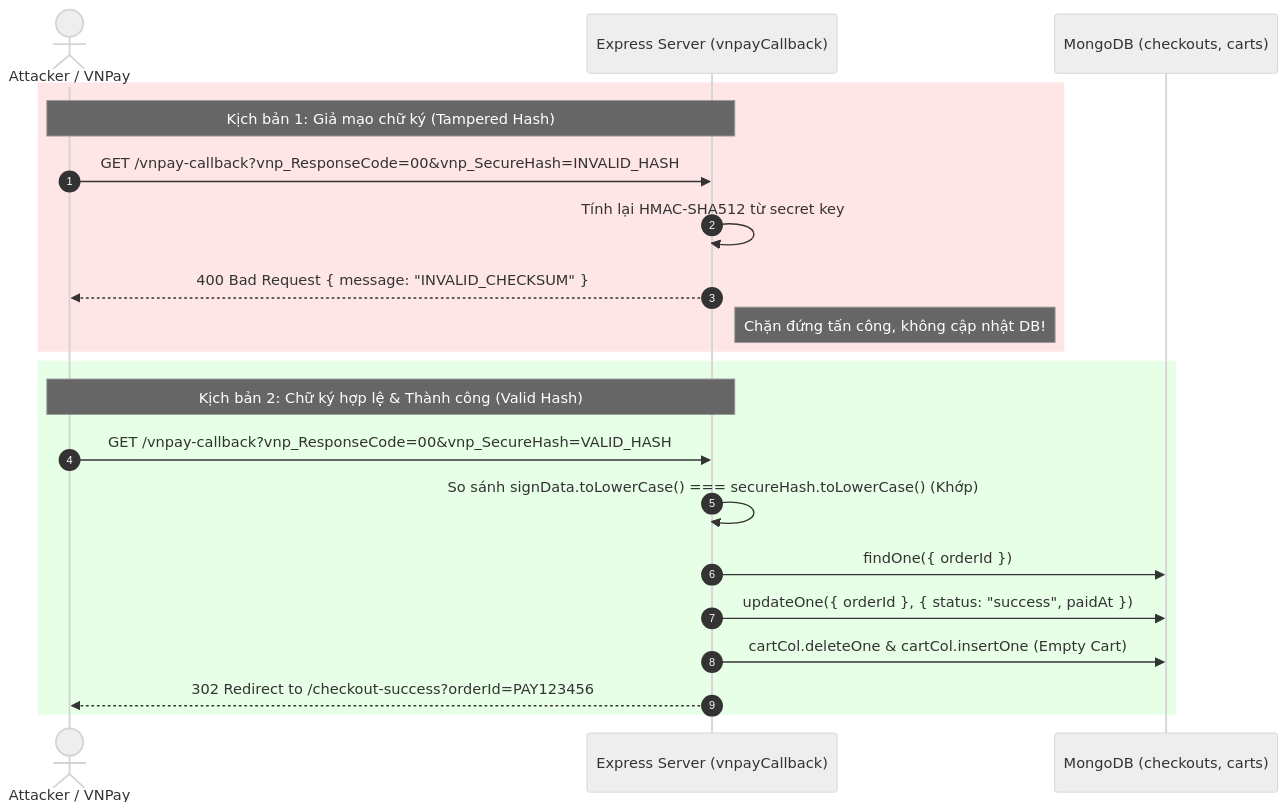
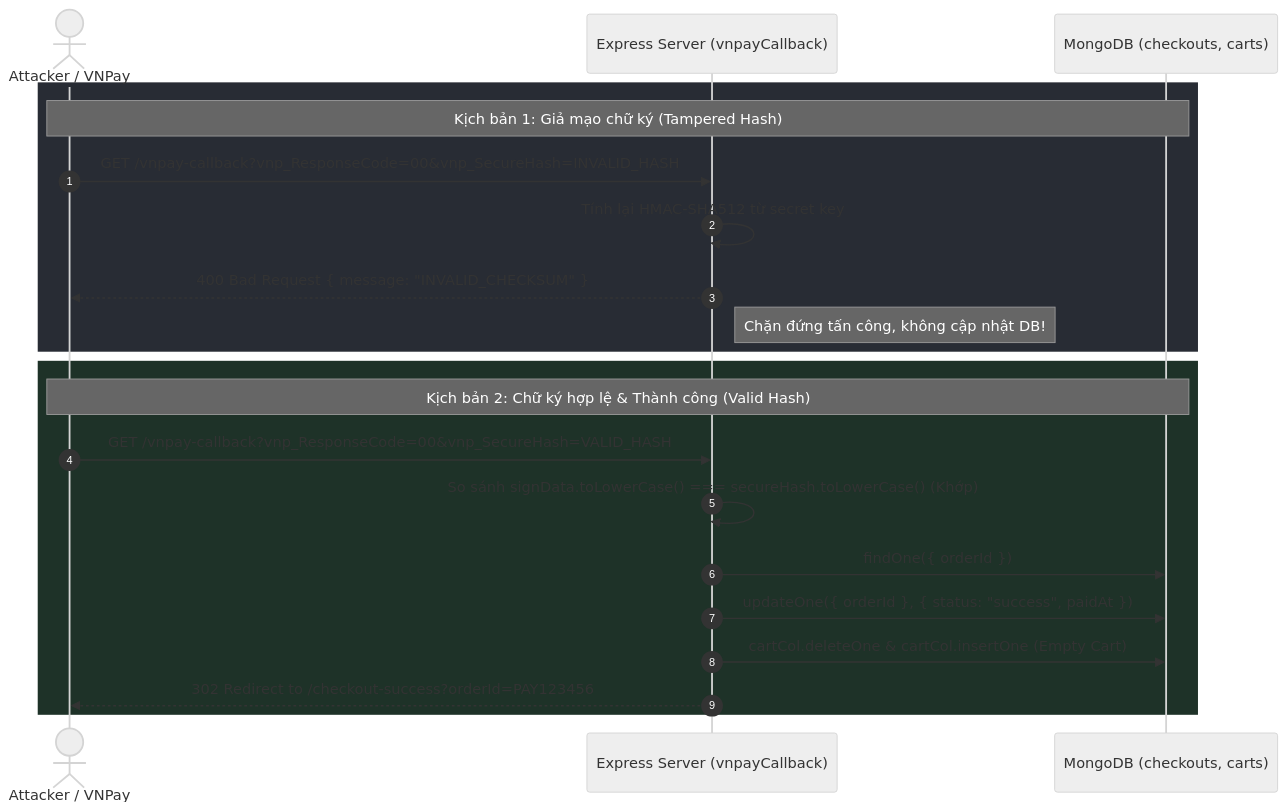
One commit to ngthdanh05/e-commerce-web changed the second of 5 diagrams in Doc/Reports/CHECKOUT_TEST_REPORT.md. Above: the diagram before and after it, drawn with Mermaid (neutral theme). The commit also changed other lines of this file and 7 other files, not shown here.

````diff
--- a/Doc/Reports/CHECKOUT_TEST_REPORT.md
+++ b/Doc/Reports/CHECKOUT_TEST_REPORT.md
@@ -120,25 +107,25 @@
 ```mermaid
 sequenceDiagram
     autonumber
     actor Attacker as Attacker / VNPay
     participant Server as Express Server (vnpayCallback)
     participant DB as MongoDB (checkouts, carts)
-    
-    rect rgb(255, 230, 230)
-    Note over Attacker, Server: Kịch bản 1: Giả mạo chữ ký (Tampered Hash)
+
+    rect rgb(40, 44, 52)
+    Note over Attacker, DB: Kịch bản 1: Giả mạo chữ ký (Tampered Hash)
     Attacker->>Server: GET /vnpay-callback?vnp_ResponseCode=00&vnp_SecureHash=INVALID_HASH
     Server->>Server: Tính lại HMAC-SHA512 từ secret key
     Server-->>Attacker: 400 Bad Request { message: "INVALID_CHECKSUM" }
     Note right of Server: Chặn đứng tấn công, không cập nhật DB!
     end
 
-    rect rgb(230, 255, 230)
-    Note over Attacker, Server: Kịch bản 2: Chữ ký hợp lệ & Thành công (Valid Hash)
+    rect rgb(30, 50, 40)
+    Note over Attacker, DB: Kịch bản 2: Chữ ký hợp lệ & Thành công (Valid Hash)
     Attacker->>Server: GET /vnpay-callback?vnp_ResponseCode=00&vnp_SecureHash=VALID_HASH
     Server->>Server: So sánh signData.toLowerCase() === secureHash.toLowerCase() (Khớp)
     Server->>DB: findOne({ orderId })
     Server->>DB: updateOne({ orderId }, { status: "success", paidAt })
     Server->>DB: cartCol.deleteOne & cartCol.insertOne (Empty Cart)
     Server-->>Attacker: 302 Redirect to /checkout-success?orderId=PAY123456
     end
 ```
````
